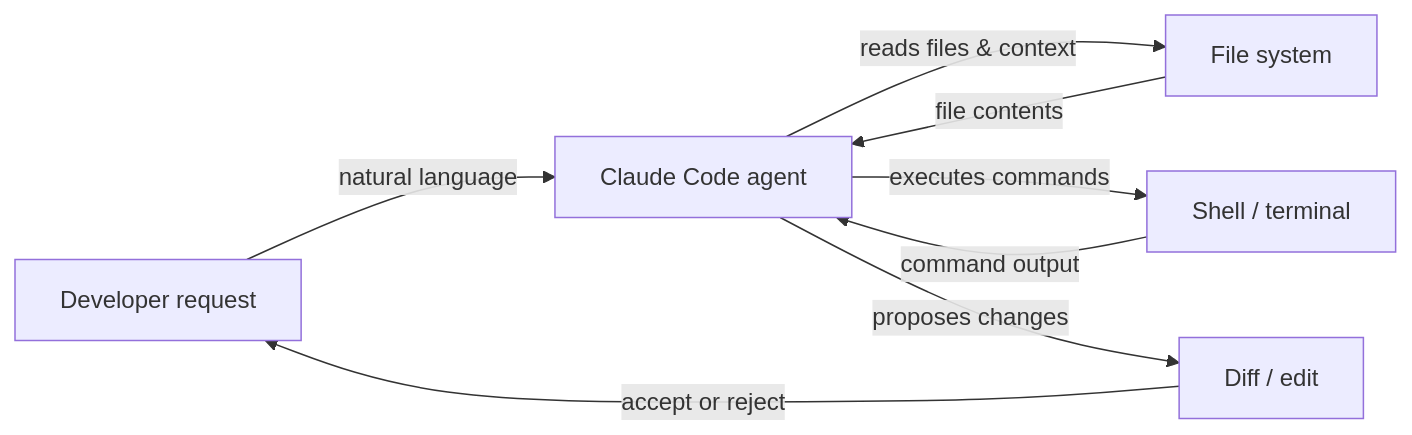
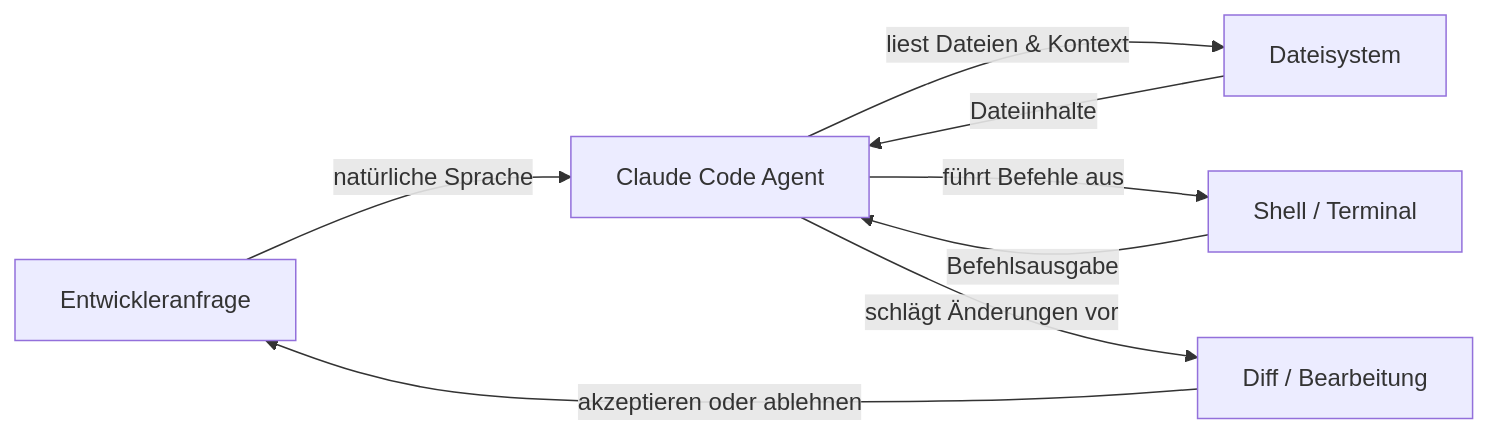
The diagram in i18n/de/docusaurus-plugin-content-docs/current/claude-code/index.md (EmersonBraun/ai-summary-hub), drawn with Mermaid before and after one commit. The commit also changed other lines of this file and 178 other files, not shown here.

````diff
--- a/i18n/de/docusaurus-plugin-content-docs/current/claude-code/index.md
+++ b/i18n/de/docusaurus-plugin-content-docs/current/claude-code/index.md
@@ -35,10 +37,10 @@
 ```mermaid
 flowchart LR
-  User[Developer request] -->|natural language| Claude[Claude Code agent]
-  Claude -->|reads files & context| FS[File system]
-  Claude -->|executes commands| Shell[Shell / terminal]
-  FS -->|file contents| Claude
-  Shell -->|command output| Claude
-  Claude -->|proposes changes| Diff[Diff / edit]
-  Diff -->|accept or reject| User
+  User[Entwickleranfrage] -->|natürliche Sprache| Claude[Claude Code Agent]
+  Claude -->|liest Dateien & Kontext| FS[Dateisystem]
+  Claude -->|führt Befehle aus| Shell[Shell / Terminal]
+  FS -->|Dateiinhalte| Claude
+  Shell -->|Befehlsausgabe| Claude
+  Claude -->|schlägt Änderungen vor| Diff[Diff / Bearbeitung]
+  Diff -->|akzeptieren oder ablehnen| User
 ```
````
